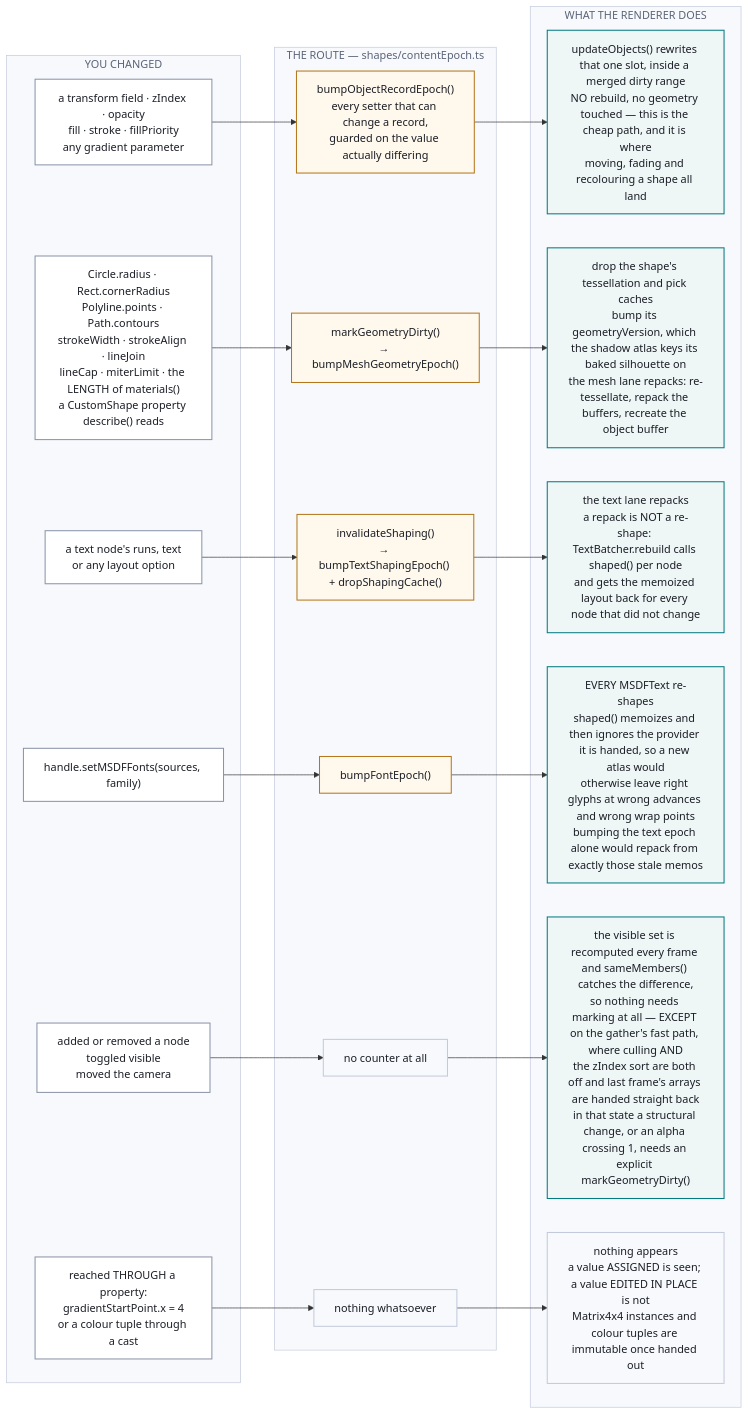
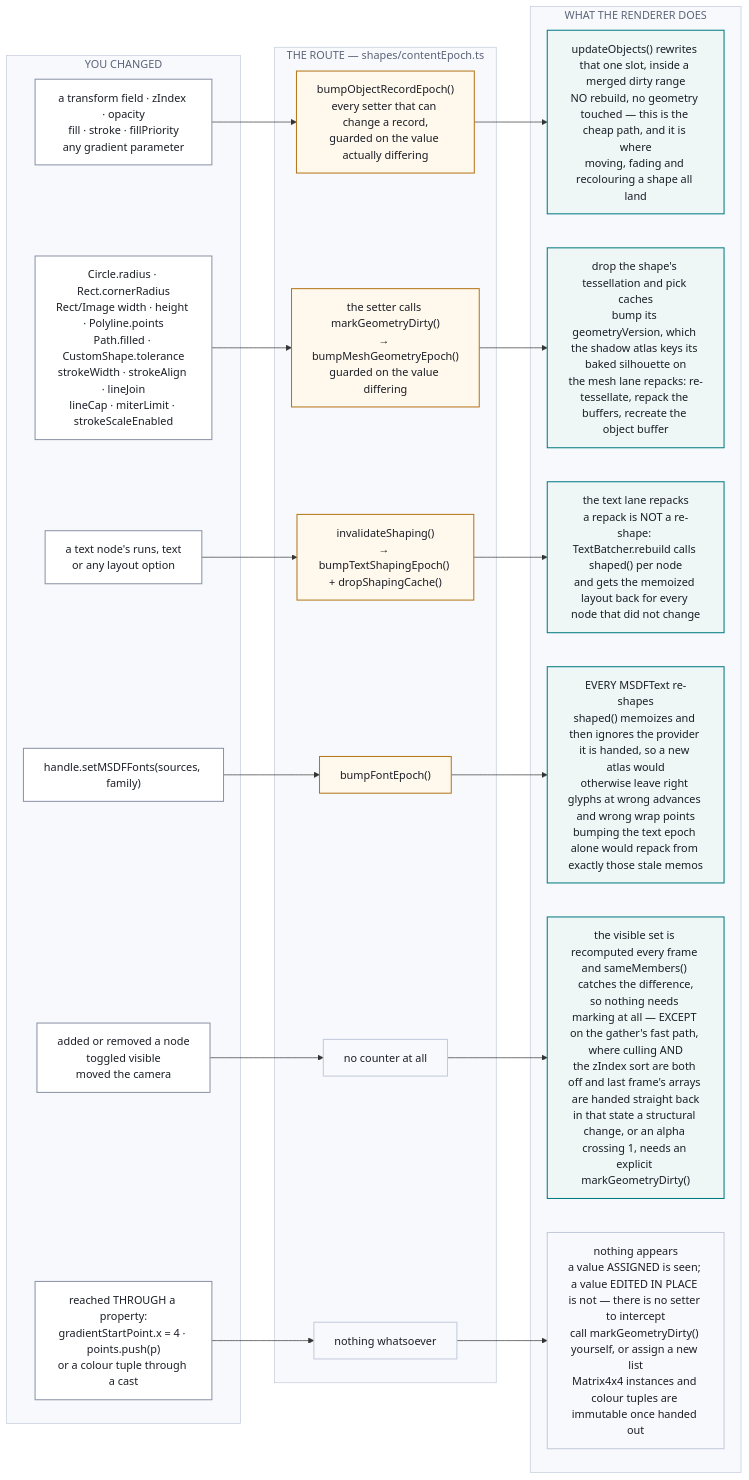
One commit to KristoferBorgware/mvPaint changed the diagram in docs/mermaid/invalidation.mmd. Above: the diagram before and after it, drawn with Mermaid. The commit also changed 12 other files, not shown here.

```diff
--- a/docs/mermaid/invalidation.mmd
+++ b/docs/mermaid/invalidation.mmd
@@ -1,57 +1,57 @@
 %% Rendered to ../invalidation.svg. See docs/README.md for the command.
 flowchart LR
 
   subgraph CHANGED["YOU CHANGED"]
     C1["a transform field · zIndex · opacity<br/>fill · stroke · fillPriority<br/>any gradient parameter"]
-    C2["Circle.radius · Rect.cornerRadius<br/>Polyline.points · Path.contours<br/>strokeWidth · strokeAlign · lineJoin<br/>lineCap · miterLimit · the LENGTH of materials()<br/>a CustomShape property describe() reads"]
+    C2["Circle.radius · Rect.cornerRadius<br/>Rect/Image width · height · Polyline.points<br/>Path.filled · CustomShape.tolerance<br/>strokeWidth · strokeAlign · lineJoin<br/>lineCap · miterLimit · strokeScaleEnabled"]
     C3["a text node's runs, text<br/>or any layout option"]
     C4["handle.setMSDFFonts(sources, family)"]
     C5["added or removed a node<br/>toggled visible<br/>moved the camera"]
-    C6["reached THROUGH a property:<br/>gradientStartPoint.x = 4<br/>or a colour tuple through a cast"]
+    C6["reached THROUGH a property:<br/>gradientStartPoint.x = 4 · points.push(p)<br/>or a colour tuple through a cast"]
   end
 
   subgraph ROUTE["THE ROUTE — shapes/contentEpoch.ts"]
     R1["bumpObjectRecordEpoch()<br/>every setter that can change a record,<br/>guarded on the value actually differing"]
-    R2["markGeometryDirty()<br/>→ bumpMeshGeometryEpoch()"]
+    R2["the setter calls markGeometryDirty()<br/>→ bumpMeshGeometryEpoch()<br/>guarded on the value differing"]
     R3["invalidateShaping()<br/>→ bumpTextShapingEpoch() + dropShapingCache()"]
     R4["bumpFontEpoch()"]
     R5["no counter at all"]
     R6["nothing whatsoever"]
   end
 
   subgraph EFFECT["WHAT THE RENDERER DOES"]
     E1["updateObjects() rewrites that one slot, inside a merged dirty range<br/>NO rebuild, no geometry touched — this is the cheap path, and it is where<br/>moving, fading and recolouring a shape all land"]
     E2["drop the shape's tessellation and pick caches<br/>bump its geometryVersion, which the shadow atlas keys its baked silhouette on<br/>the mesh lane repacks: re-tessellate, repack the buffers, recreate the object buffer"]
     E3["the text lane repacks<br/>a repack is NOT a re-shape: TextBatcher.rebuild calls shaped() per node<br/>and gets the memoized layout back for every node that did not change"]
     E4["EVERY MSDFText re-shapes<br/>shaped() memoizes and then ignores the provider it is handed, so a new atlas would<br/>otherwise leave right glyphs at wrong advances and wrong wrap points<br/>bumping the text epoch alone would repack from exactly those stale memos"]
     E5["the visible set is recomputed every frame and sameMembers() catches the difference,<br/>so nothing needs marking at all — EXCEPT on the gather's fast path, where culling AND<br/>the zIndex sort are both off and last frame's arrays are handed straight back<br/>in that state a structural change, or an alpha crossing 1, needs an explicit markGeometryDirty()"]
-    E6["nothing appears<br/>a value ASSIGNED is seen; a value EDITED IN PLACE is not<br/>Matrix4x4 instances and colour tuples are immutable once handed out"]
+    E6["nothing appears<br/>a value ASSIGNED is seen; a value EDITED IN PLACE is not — there is no setter to intercept<br/>call markGeometryDirty() yourself, or assign a new list<br/>Matrix4x4 instances and colour tuples are immutable once handed out"]
   end
 
   C1 --> R1
   C2 --> R2
   C3 --> R3
   C4 --> R4
   C5 --> R5
   C6 --> R6
   R1 --> E1
   R2 --> E2
   R3 --> E3
   R4 --> E4
   R5 --> E5
   R6 --> E6
 
   classDef src fill:#ffffff,stroke:#8b93a7,stroke-width:1.5px,color:#1b1e26
   classDef route fill:#fff8ec,stroke:#b4761a,stroke-width:1.5px,color:#1b1e26
   classDef effect fill:#eef6f6,stroke:#007a80,stroke-width:1.5px,color:#1b1e26
   classDef none fill:#f7f9fc,stroke:#c3cadb,stroke-width:1.5px,color:#1b1e26
 
   class C1,C2,C3,C4,C5,C6 src
   class R1,R2,R3,R4 route
   class R5,R6 none
   class E1,E2,E3,E4,E5 effect
   class E6 none
 
   style CHANGED fill:#f7f9fc,stroke:#c3cadb,color:#5b6478
   style ROUTE fill:#f7f9fc,stroke:#c3cadb,color:#5b6478
   style EFFECT fill:#f7f9fc,stroke:#c3cadb,color:#5b6478
```
